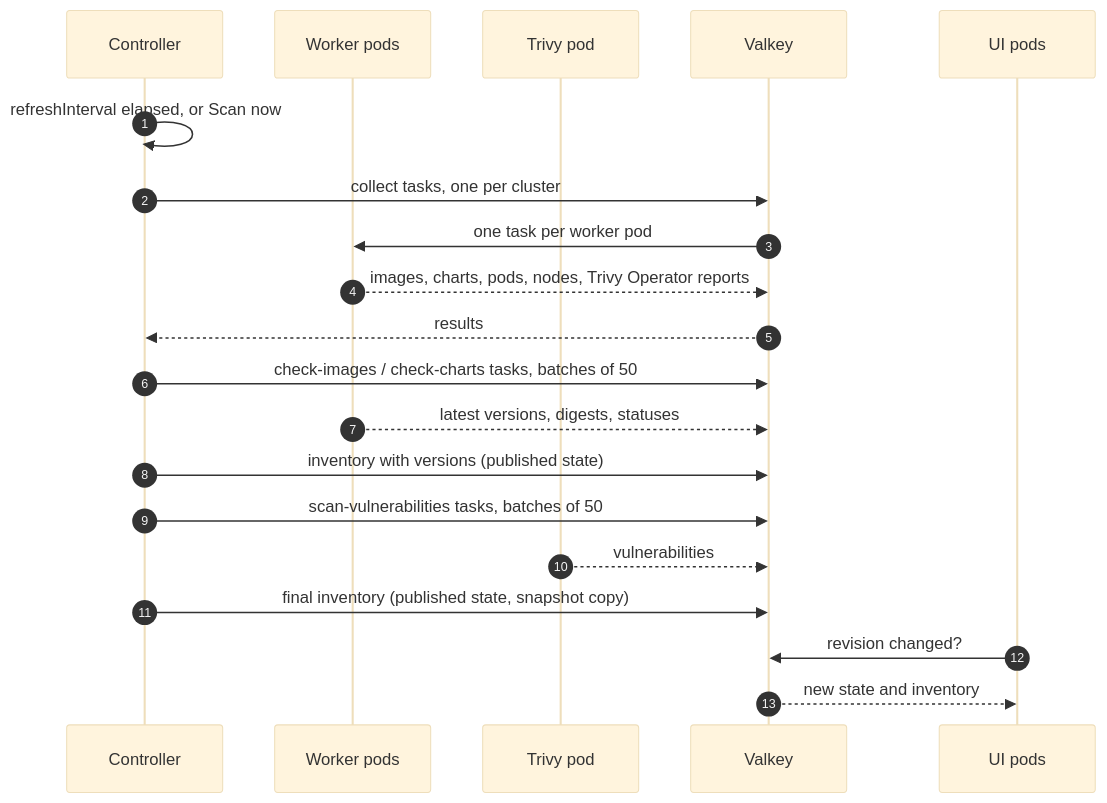
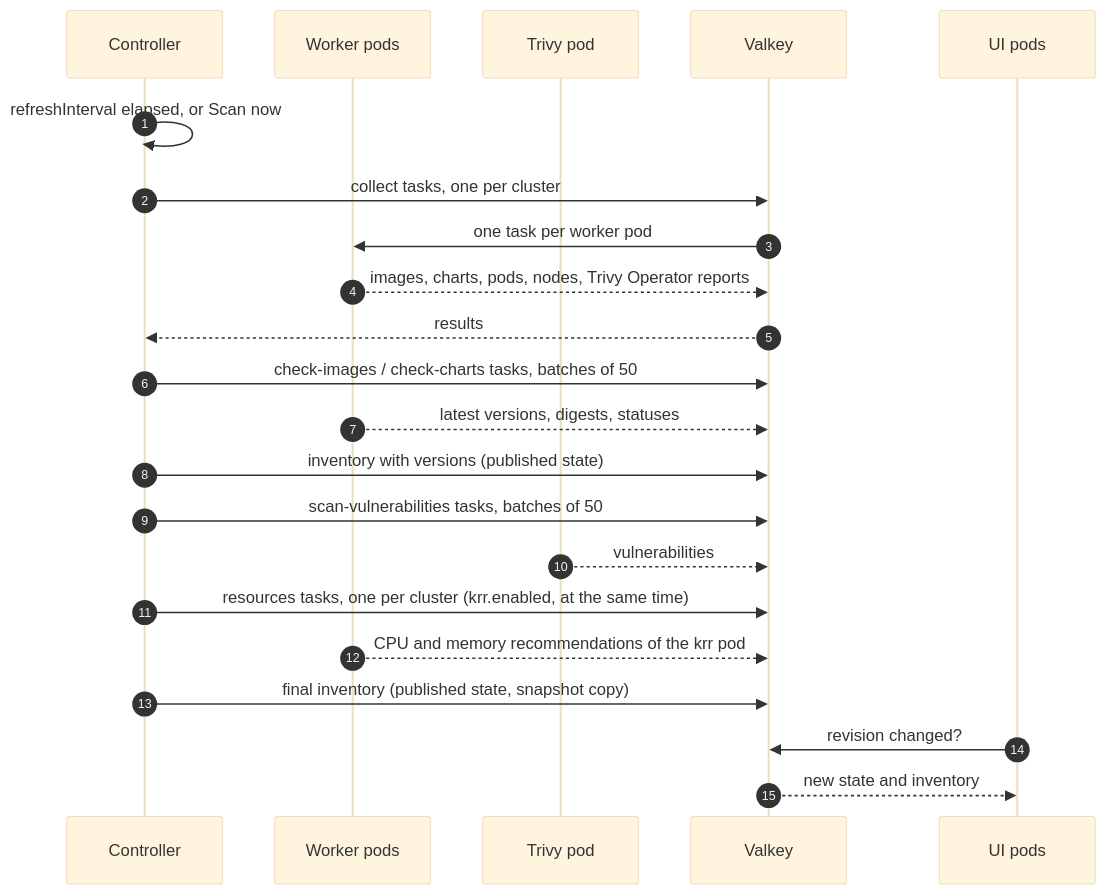
The fourth of 4 diagrams in docs/architecture.md (Arcanexus/kube-tower), drawn with Mermaid (base theme) before and after one commit. The commit also changed other lines of this file and 74 other files, not shown here.

First line of the commit message:
Add CPU and memory recommendations with krr

````diff
--- a/docs/architecture.md
+++ b/docs/architecture.md
@@ -119,23 +121,25 @@
 ```mermaid
 sequenceDiagram
     autonumber
     participant C as Controller
     participant W as Worker pods
     participant T as Trivy pod
     participant V as Valkey
     participant U as UI pods
 
     C->>C: refreshInterval elapsed, or Scan now
     C->>V: collect tasks, one per cluster
     V->>W: one task per worker pod
     W-->>V: images, charts, pods, nodes, Trivy Operator reports
     V-->>C: results
     C->>V: check-images / check-charts tasks, batches of 50
     W-->>V: latest versions, digests, statuses
     C->>V: inventory with versions (published state)
     C->>V: scan-vulnerabilities tasks, batches of 50
     T-->>V: vulnerabilities
+    C->>V: resources tasks, one per cluster (krr.enabled, at the same time)
+    W-->>V: CPU and memory recommendations of the krr pod
     C->>V: final inventory (published state, snapshot copy)
     U->>V: revision changed?
     V-->>U: new state and inventory
 ```
````
